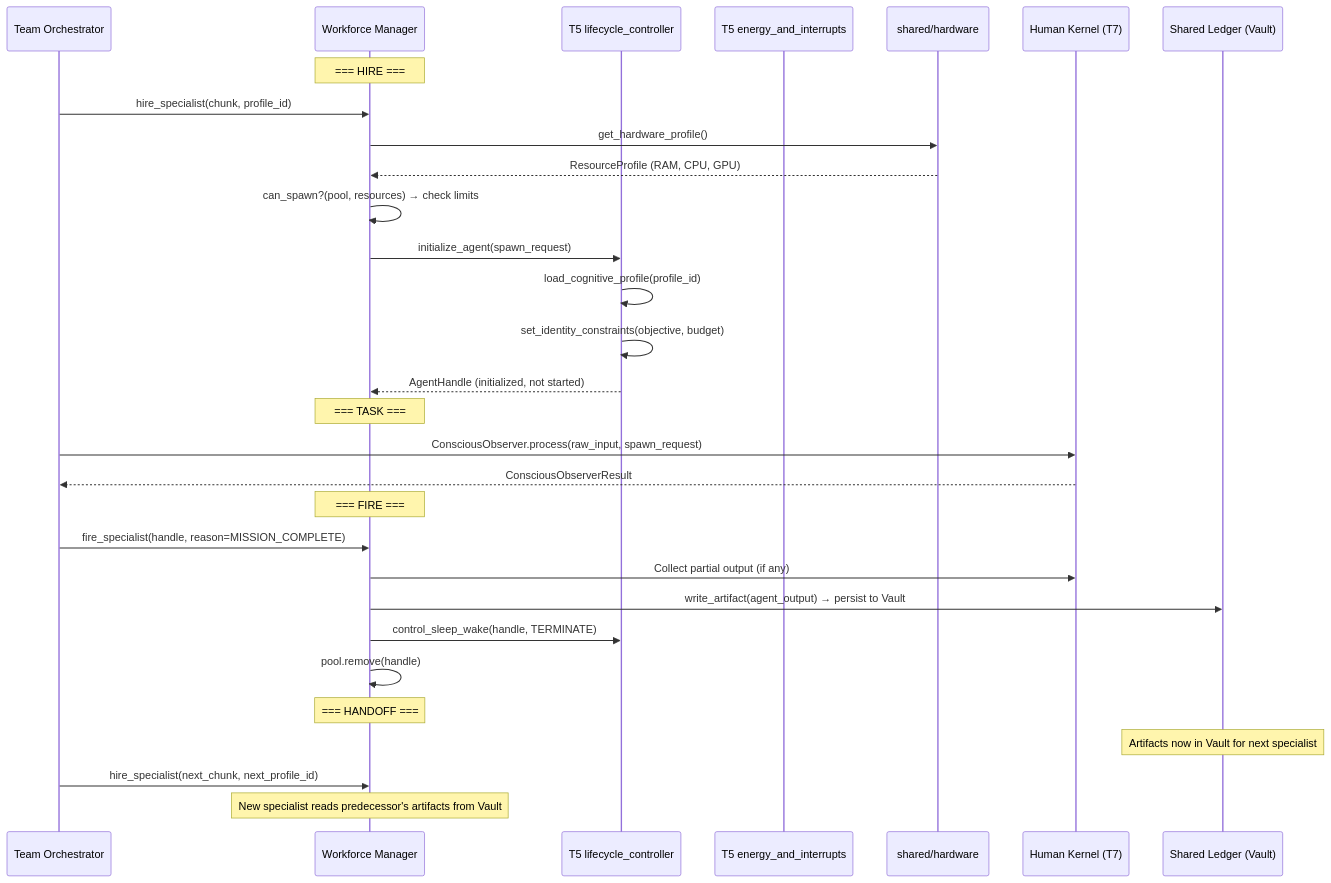
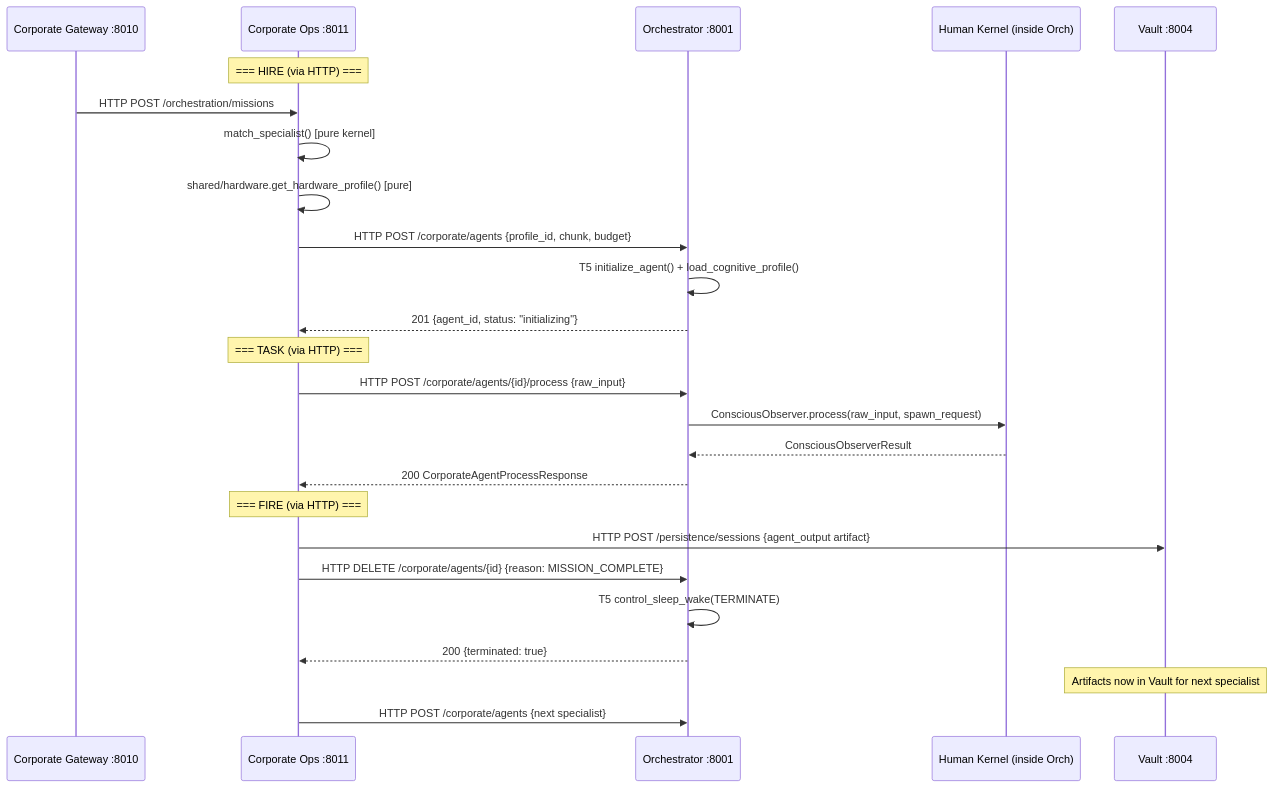
The second of 5 diagrams in redesign/tier_8_architecture.md (azzindani/Kea), drawn with Mermaid before and after one commit. The commit also changed other lines of this file and 3 other files, not shown here.

Commit message:
feat: Document the new Tier 8 microservices architecture, outline Tier 9, and add Qwen3 embedding and reranker components.

````diff
--- a/redesign/tier_8_architecture.md
+++ b/redesign/tier_8_architecture.md
@@ -229,36 +479,31 @@
 ```mermaid
 sequenceDiagram
-    participant TO as Team Orchestrator
-    participant WM as Workforce Manager
-    participant T5 as T5 lifecycle_controller
-    participant T5E as T5 energy_and_interrupts
-    participant HW as shared/hardware
-    participant HK as Human Kernel (T7)
-    participant SL as Shared Ledger (Vault)
-
-    Note over WM: === HIRE ===
-    TO->>WM: hire_specialist(chunk, profile_id)
-    WM->>HW: get_hardware_profile()
-    HW-->>WM: ResourceProfile (RAM, CPU, GPU)
-    WM->>WM: can_spawn?(pool, resources) → check limits
-    WM->>T5: initialize_agent(spawn_request)
-    T5->>T5: load_cognitive_profile(profile_id)
-    T5->>T5: set_identity_constraints(objective, budget)
-    T5-->>WM: AgentHandle (initialized, not started)
-
-    Note over WM: === TASK ===
-    TO->>HK: ConsciousObserver.process(raw_input, spawn_request)
-    HK-->>TO: ConsciousObserverResult
-
-    Note over WM: === FIRE ===
-    TO->>WM: fire_specialist(handle, reason=MISSION_COMPLETE)
-    WM->>HK: Collect partial output (if any)
-    WM->>SL: write_artifact(agent_output) → persist to Vault
-    WM->>T5: control_sleep_wake(handle, TERMINATE)
-    WM->>WM: pool.remove(handle)
-
-    Note over WM: === HANDOFF ===
-    Note over SL: Artifacts now in Vault for next specialist
-    TO->>WM: hire_specialist(next_chunk, next_profile_id)
-    Note over WM: New specialist reads predecessor's artifacts from Vault
+    participant CG as Corporate Gateway :8010
+    participant CO as Corporate Ops :8011
+    participant Orch as Orchestrator :8001
+    participant HK as Human Kernel (inside Orch)
+    participant Vault as Vault :8004
+ 
+    Note over CO: === HIRE (via HTTP) ===
+    CG->>CO: HTTP POST /orchestration/missions
+    CO->>CO: match_specialist() [pure kernel]
+    CO->>CO: shared/hardware.get_hardware_profile() [pure]
+    CO->>Orch: HTTP POST /corporate/agents {profile_id, chunk, budget}
+    Orch->>Orch: T5 initialize_agent() + load_cognitive_profile()
+    Orch-->>CO: 201 {agent_id, status: "initializing"}
+ 
+    Note over CO: === TASK (via HTTP) ===
+    CO->>Orch: HTTP POST /corporate/agents/{id}/process {raw_input}
+    Orch->>HK: ConsciousObserver.process(raw_input, spawn_request)
+    HK-->>Orch: ConsciousObserverResult
+    Orch-->>CO: 200 CorporateAgentProcessResponse
+ 
+    Note over CO: === FIRE (via HTTP) ===
+    CO->>Vault: HTTP POST /persistence/sessions {agent_output artifact}
+    CO->>Orch: HTTP DELETE /corporate/agents/{id} {reason: MISSION_COMPLETE}
+    Orch->>Orch: T5 control_sleep_wake(TERMINATE)
+    Orch-->>CO: 200 {terminated: true}
+ 
+    Note over Vault: Artifacts now in Vault for next specialist
+    CO->>Orch: HTTP POST /corporate/agents {next specialist}
 ```
````
